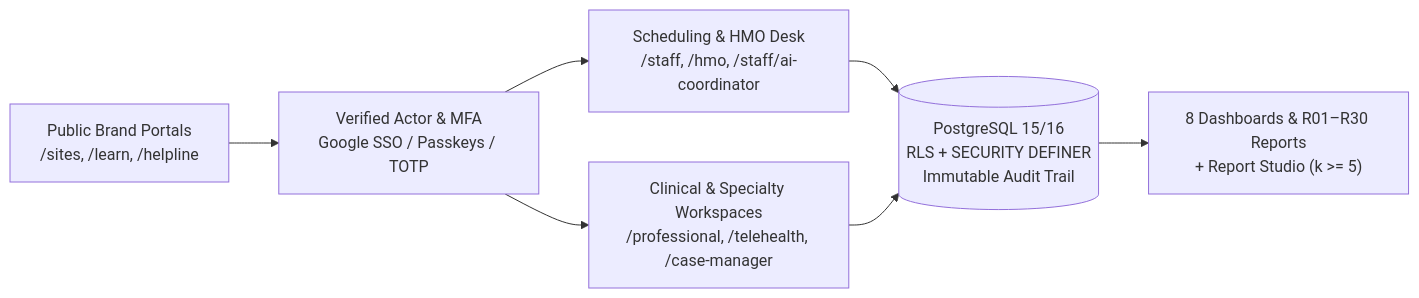
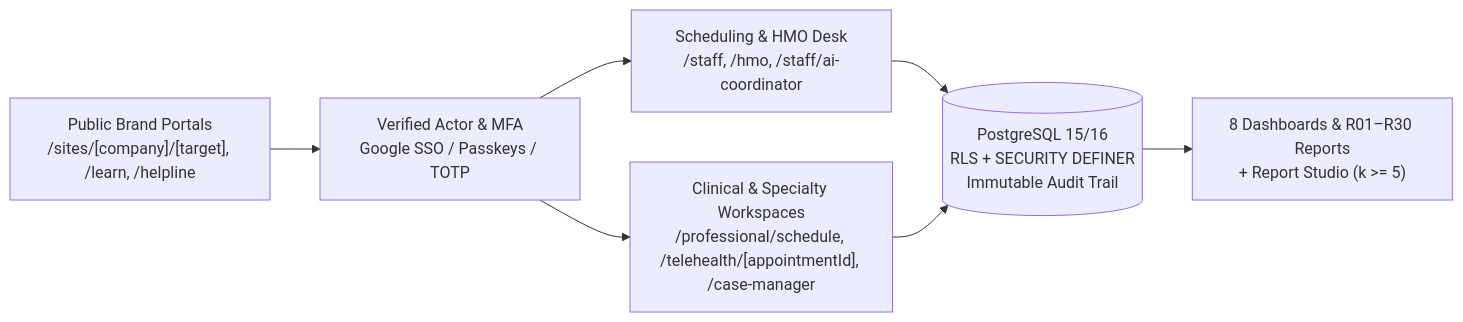
Before and after one commit to mykelu/mh-clinic-docs: the diagram in README.md, drawn with Mermaid. The commit also changed other lines of this file and 31 other files, not shown here.

First line of the commit message:
docs: align public manuals with app routes and helpline entitlement

````diff
--- a/README.md
+++ b/README.md
@@ -60,9 +80,9 @@
 ```mermaid
 flowchart LR
-  Public["Public Brand Portals\n/sites, /learn, /helpline"] --> Auth["Verified Actor & MFA\nGoogle SSO / Passkeys / TOTP"]
+  Public["Public Brand Portals\n/sites/[company]/[target], /learn, /helpline"] --> Auth["Verified Actor & MFA\nGoogle SSO / Passkeys / TOTP"]
   Auth --> Ops["Scheduling & HMO Desk\n/staff, /hmo, /staff/ai-coordinator"]
-  Auth --> Clinical["Clinical & Specialty Workspaces\n/professional, /telehealth, /case-manager"]
+  Auth --> Clinical["Clinical & Specialty Workspaces\n/professional/schedule, /telehealth/[appointmentId], /case-manager"]
   Ops --> PG[("PostgreSQL 15/16\nRLS + SECURITY DEFINER\nImmutable Audit Trail")]
   Clinical --> PG
   PG --> BI["8 Dashboards & R01–R30 Reports\n+ Report Studio (k >= 5)"]
 ```
````
